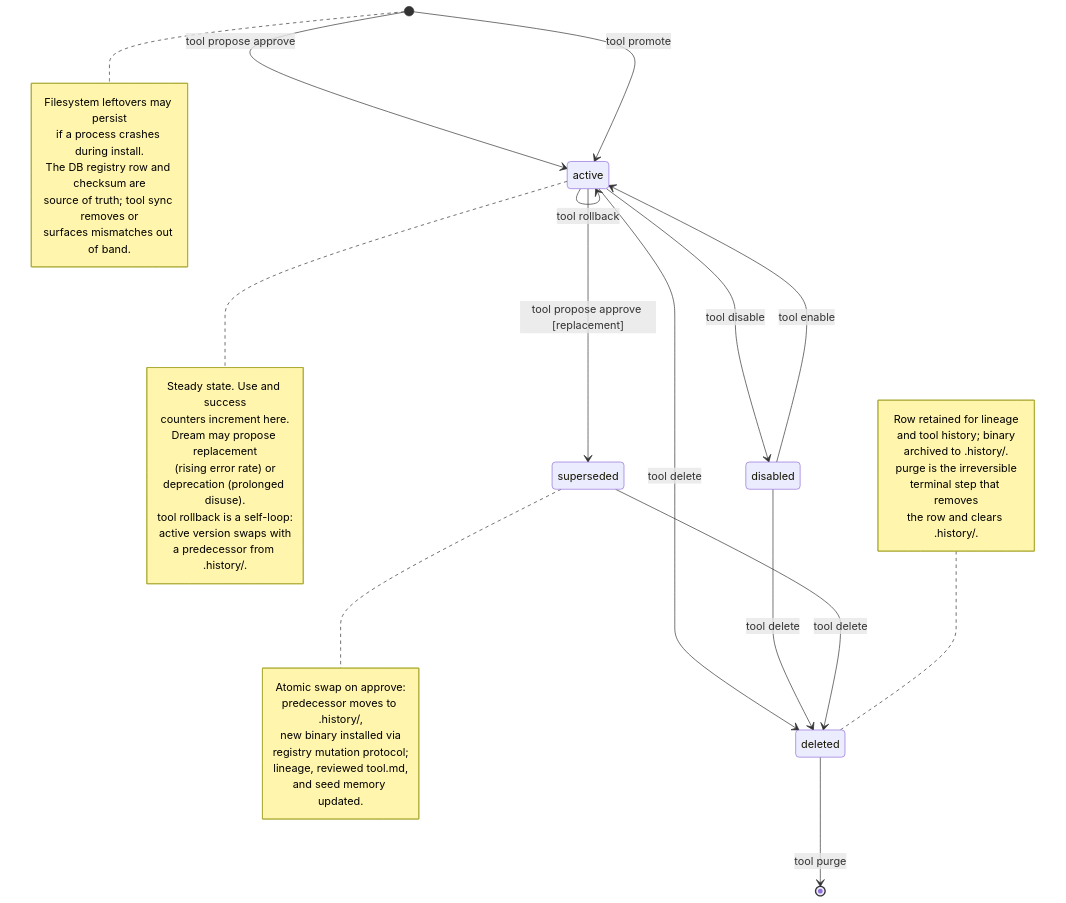
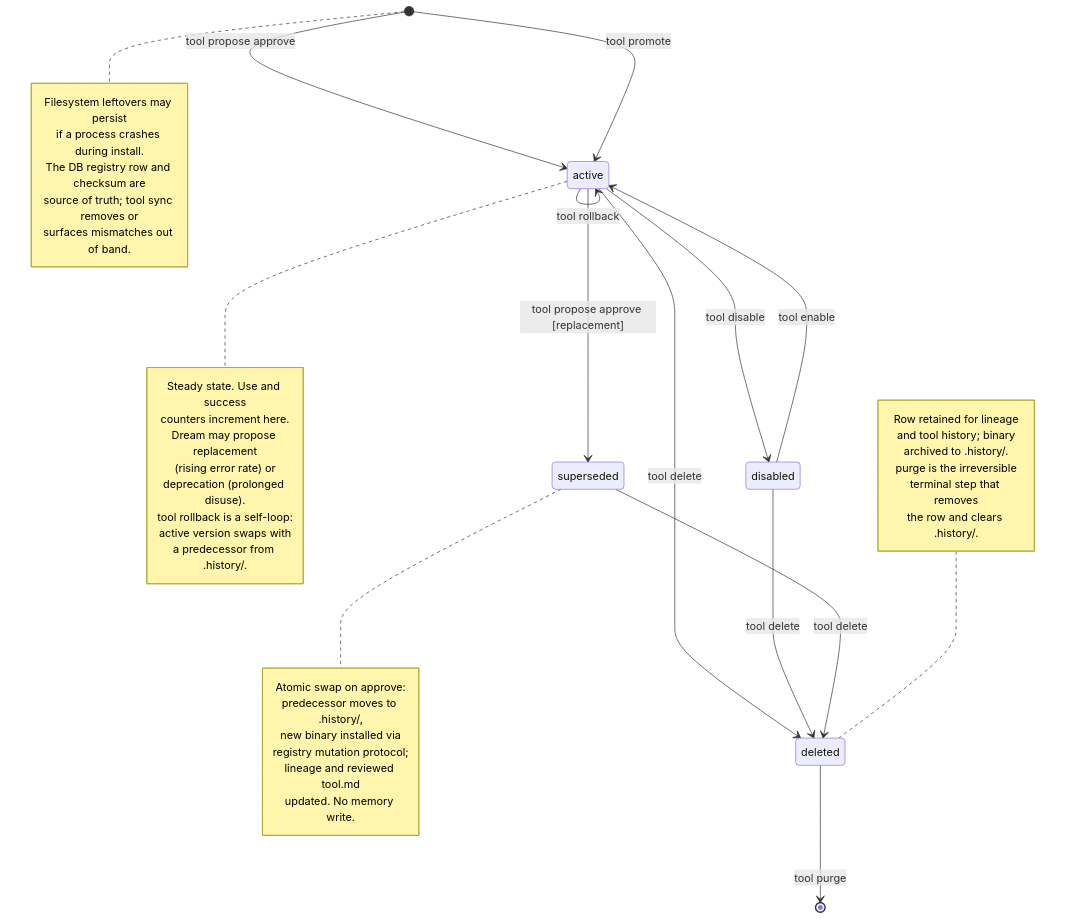
One commit to yanggf8/typhoonway changed the diagram in diagrams/state-tool-lifecycle.mmd. Above: the diagram before and after it, drawn with Mermaid. The commit also changed 14 other files, not shown here.

```diff
--- a/diagrams/state-tool-lifecycle.mmd
+++ b/diagrams/state-tool-lifecycle.mmd
@@ -1,48 +1,48 @@
 stateDiagram-v2
     [*] --> active : tool propose approve
     [*] --> active : tool promote
     active --> disabled : tool disable
     disabled --> active : tool enable
     active --> superseded : tool propose approve [replacement]
     active --> active : tool rollback
     active --> deleted : tool delete
     disabled --> deleted : tool delete
     superseded --> deleted : tool delete
     deleted --> [*] : tool purge
 
     note right of active
         Steady state. Use and success
         counters increment here.
         Dream may propose replacement
         (rising error rate) or
         deprecation (prolonged disuse).
         tool rollback is a self-loop:
         active version swaps with
         a predecessor from .history/.
     end note
 
     note right of superseded
         Atomic swap on approve:
         predecessor moves to .history/,
         new binary installed via
         registry mutation protocol;
-        lineage, reviewed tool.md,
-        and seed memory updated.
+        lineage and reviewed tool.md
+        updated. No memory write.
     end note
 
     note left of deleted
         Row retained for lineage
         and tool history; binary
         archived to .history/.
         purge is the irreversible
         terminal step that removes
         the row and clears .history/.
     end note
 
     note right of [*]
         Filesystem leftovers may persist
         if a process crashes during install.
         The DB registry row and checksum are
         source of truth; tool sync removes or
         surfaces mismatches out of band.
     end note
```
